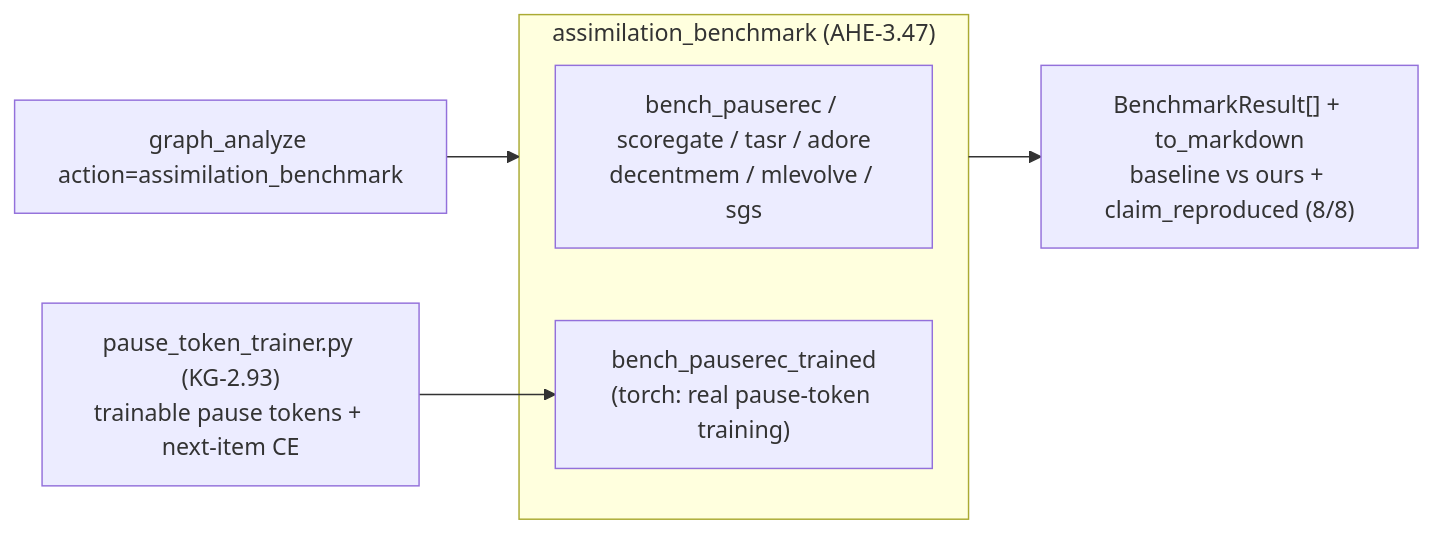
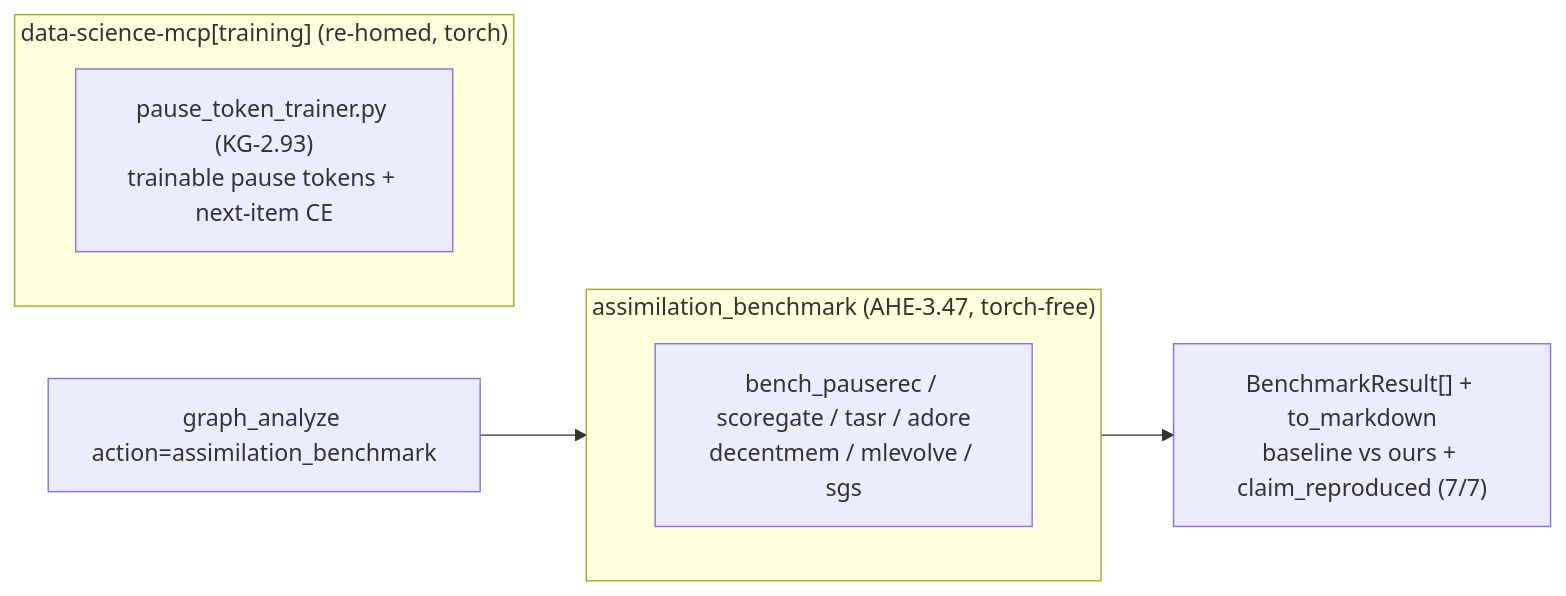
One commit to Knuckles-Team/agent-utilities changed the eighth of 8 diagrams in docs/architecture/multi_source_assimilation.md. Above: the diagram before and after it, drawn with Mermaid. The commit also changed other lines of this file and 13 other files, not shown here.

````diff
--- a/docs/architecture/multi_source_assimilation.md
+++ b/docs/architecture/multi_source_assimilation.md
@@ -400,10 +404,11 @@
 ```mermaid
 flowchart LR
-    subgraph BENCH["assimilation_benchmark (AHE-3.47)"]
+    subgraph BENCH["assimilation_benchmark (AHE-3.47, torch-free)"]
         B1["bench_pauserec / scoregate / tasr / adore<br/>decentmem / mlevolve / sgs"]
-        B2["bench_pauserec_trained<br/>(torch: real pause-token training)"]
     end
     SURF["graph_analyze action=assimilation_benchmark"] --> BENCH
-    BENCH --> RES["BenchmarkResult[] + to_markdown<br/>baseline vs ours + claim_reproduced (8/8)"]
-    PTT["pause_token_trainer.py (KG-2.93)<br/>trainable pause tokens + next-item CE"] --> B2
+    BENCH --> RES["BenchmarkResult[] + to_markdown<br/>baseline vs ours + claim_reproduced (7/7)"]
+    subgraph DSM["data-science-mcp[training] (re-homed, torch)"]
+        PTT["pause_token_trainer.py (KG-2.93)<br/>trainable pause tokens + next-item CE"]
+    end
 ```
````
